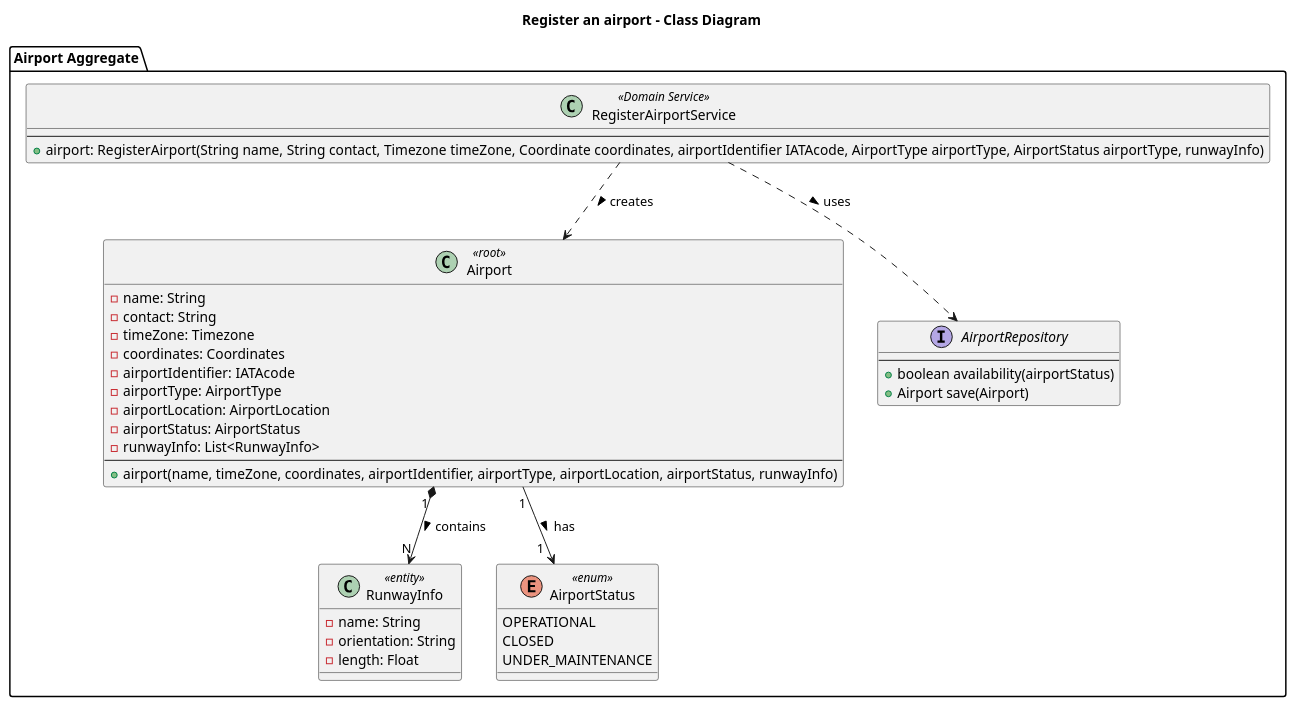
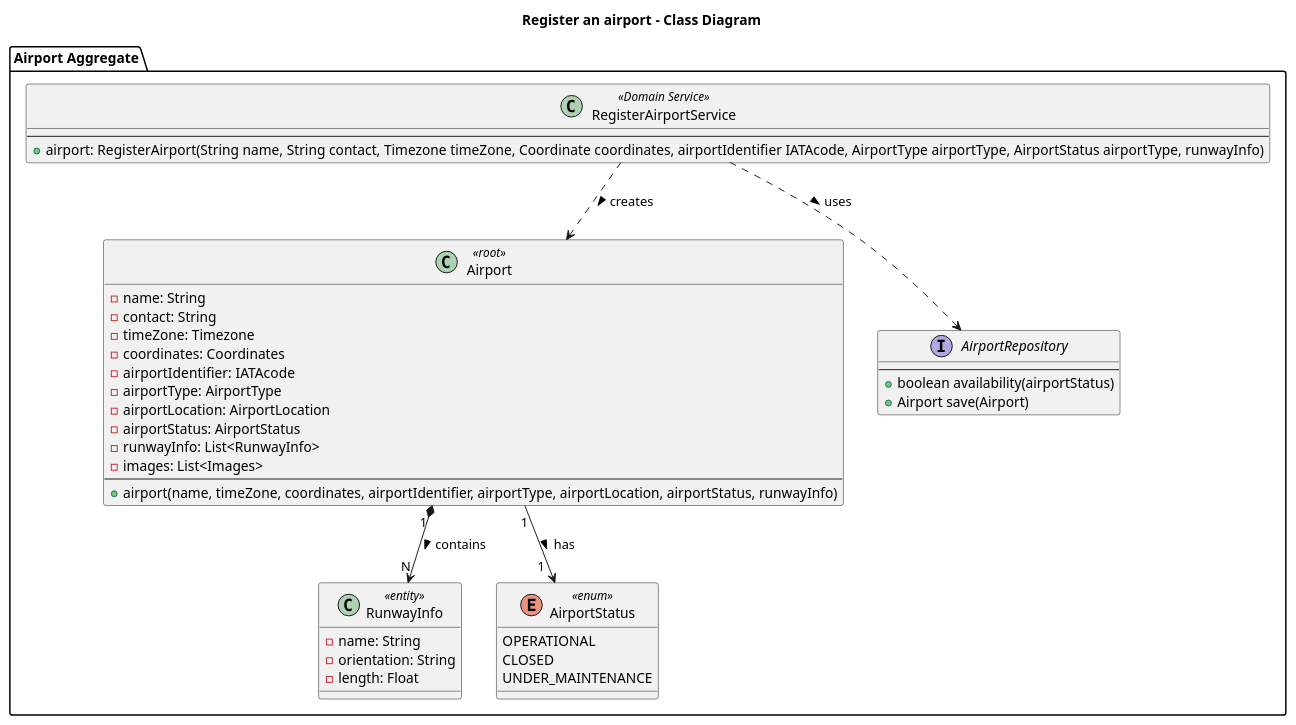
Before and after one commit to 20596Vitor/PSOFT_1232067_1230857_1241034: the diagram in docs/system-documentation/WP#2A/US106/US106_CD/US106_CD.puml, drawn with PlantUML. The commit also changed 3 other files, not shown here.

```diff
--- a/docs/system-documentation/WP#2A/US106/US106_CD/US106_CD.puml
+++ b/docs/system-documentation/WP#2A/US106/US106_CD/US106_CD.puml
@@ -1,51 +1,52 @@
 @startuml
 'https://plantuml.com/class-diagram
 
 title Register an airport - Class Diagram
 
 package "Airport Aggregate"{
 
     class Airport <<root>>{
            - name: String
            - contact: String
            - timeZone: Timezone
            - coordinates: Coordinates
            - airportIdentifier: IATAcode
            - airportType: AirportType
            - airportLocation: AirportLocation
            - airportStatus: AirportStatus
            - runwayInfo: List<RunwayInfo>
+           - images: List<Images>
            ---
            +airport(name, timeZone, coordinates, airportIdentifier, airportType, airportLocation, airportStatus, runwayInfo)
     }
 
     class RunwayInfo <<entity>> {
            - name: String
            - orientation: String
            - length: Float
     }
 
     enum AirportStatus <<enum>>{
            OPERATIONAL
            CLOSED
            UNDER_MAINTENANCE
     }
 
     class RegisterAirportService <<Domain Service>>{
            ---
            +airport: RegisterAirport(String name, String contact, Timezone timeZone, Coordinate coordinates, airportIdentifier IATAcode, AirportType airportType, AirportStatus airportType, runwayInfo)
     }
 
    interface AirportRepository{
            ---
            + boolean availability(airportStatus)
            + Airport save(Airport)
    }
 
     Airport "1 " *--> "N" RunwayInfo : contains >
     Airport "1" --> "1  " AirportStatus : has >
     RegisterAirportService ..> Airport : creates >
     RegisterAirportService ..> AirportRepository : uses >
 }
 
 @enduml
```
